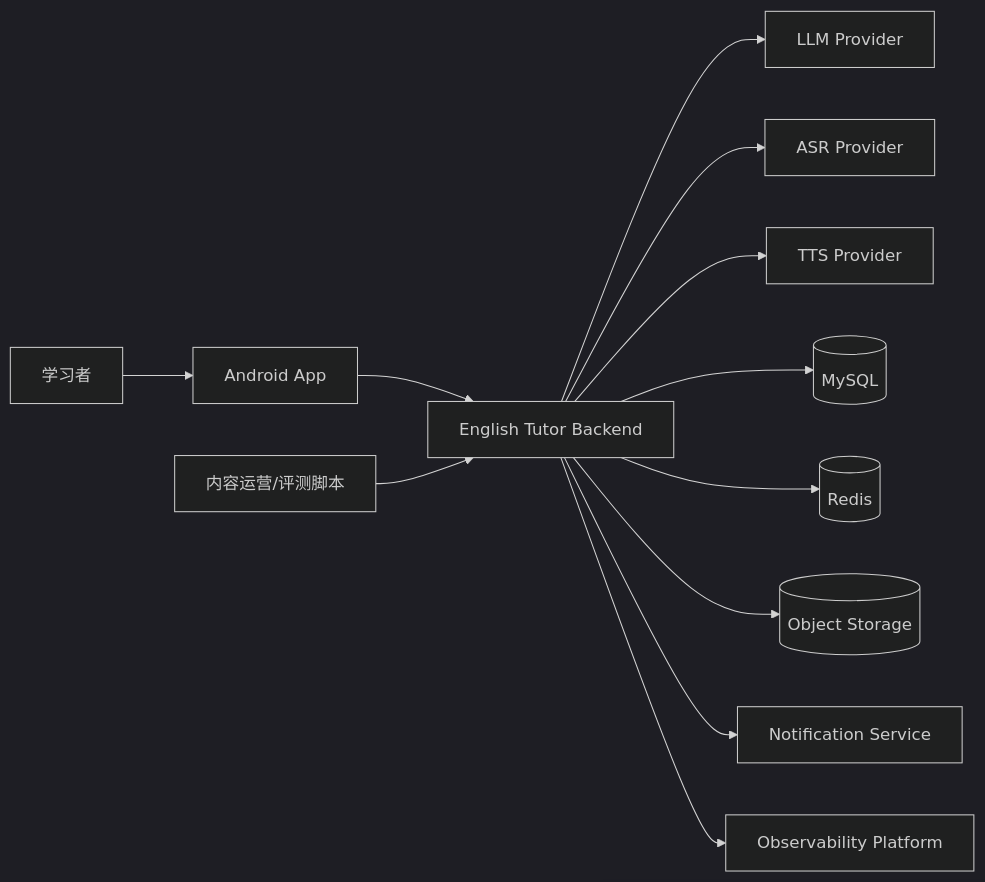
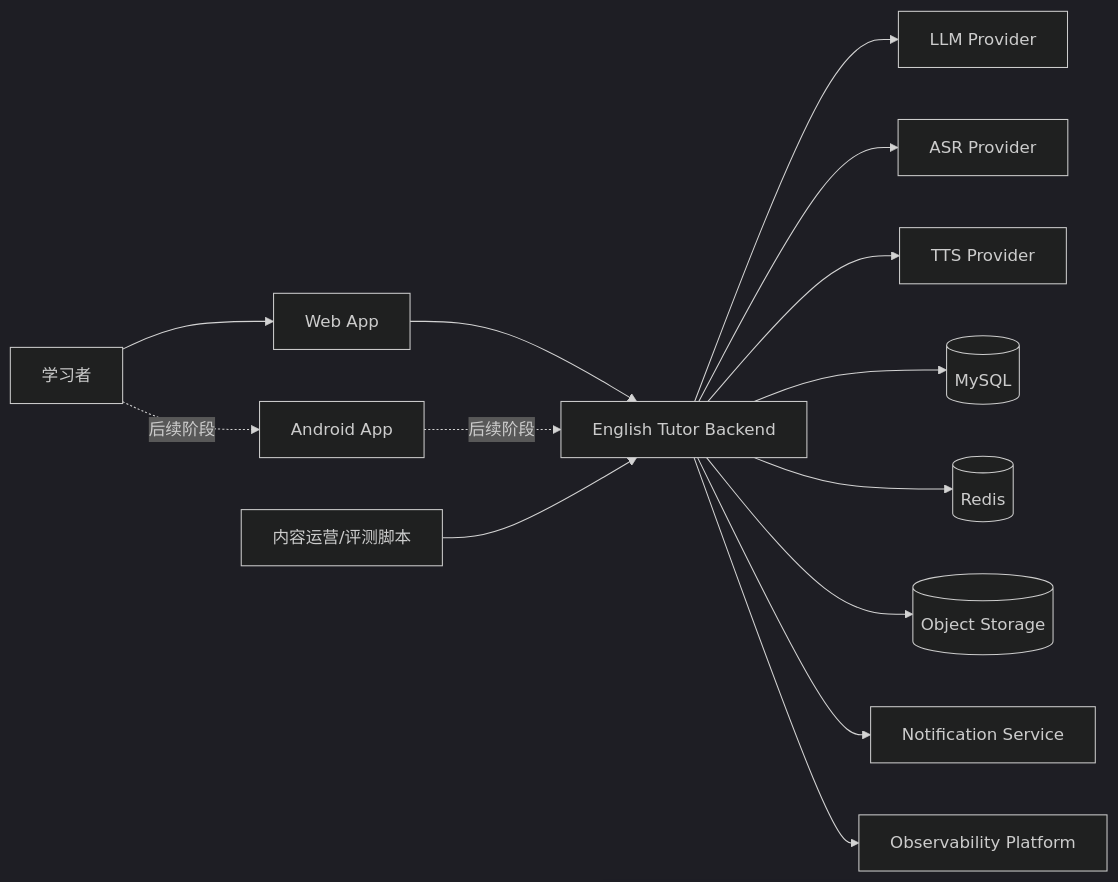
Before and after one commit to nihao87224/english-tutor-agent: the first of 6 diagrams in docs/design/01_HIGH_LEVEL_DESIGN.md, drawn with Mermaid (dark theme). The commit also changed other lines of this file and 55 other files, not shown here.

````diff
--- a/docs/design/01_HIGH_LEVEL_DESIGN.md
+++ b/docs/design/01_HIGH_LEVEL_DESIGN.md
@@ -53,14 +54,16 @@
 ```mermaid
 flowchart LR
-    U[学习者] --> A[Android App]
-    A --> B[English Tutor Backend]
+    U[学习者] --> W[Web App]
+    U -. 后续阶段 .-> A[Android App]
+    W --> B[English Tutor Backend]
+    A -. 后续阶段 .-> B
     B --> L[LLM Provider]
     B --> S[ASR Provider]
     B --> T[TTS Provider]
     B --> DB[(MySQL)]
     B --> R[(Redis)]
     B --> O[(Object Storage)]
     B --> N[Notification Service]
     B --> M[Observability Platform]
     C[内容运营/评测脚本] --> B
 ```
````
